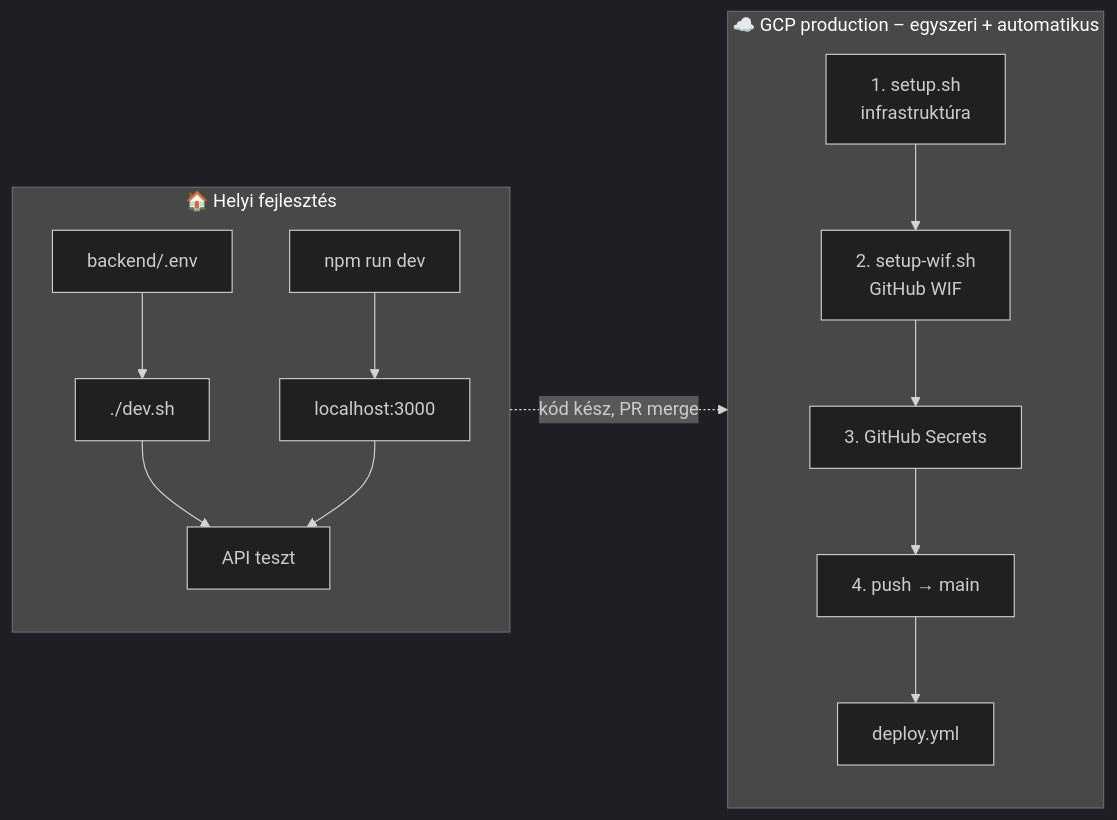
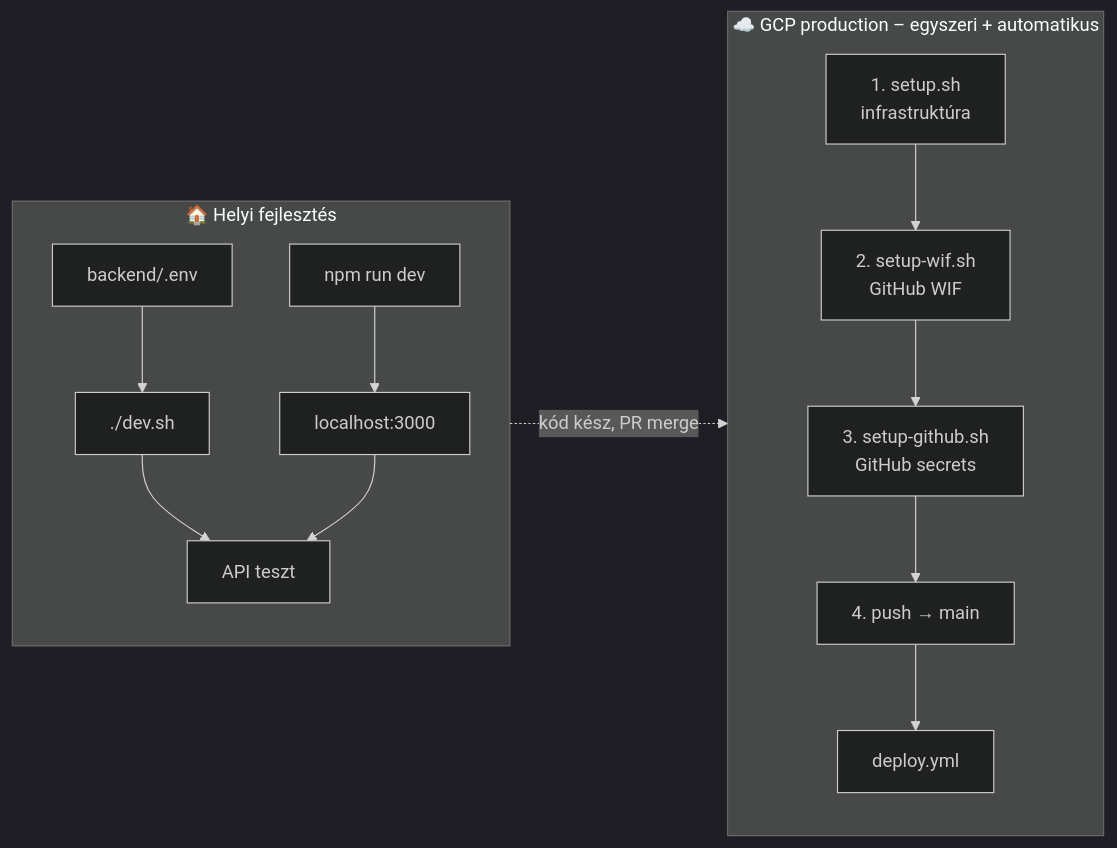
Before and after one commit to cloudsteak/trn-gcp-ai-invoice-management: the second of 3 diagrams in README.md, drawn with Mermaid (dark theme). The commit also changed other lines of this file and 5 other files, not shown here.

````diff
--- a/README.md
+++ b/README.md
@@ -189,18 +189,18 @@
 ```mermaid
 flowchart LR
     subgraph Local["🏠 Helyi fejlesztés"]
         L1["backend/.env"] --> L2["./dev.sh"]
         L3["npm run dev"] --> L4["localhost:3000"]
         L2 --> L5["API teszt"]
         L4 --> L5
     end
 
     subgraph GCP["☁️ GCP production – egyszeri + automatikus"]
         S1["1. setup.sh<br/>infrastruktúra"] --> S2["2. setup-wif.sh<br/>GitHub WIF"]
-        S2 --> S3["3. GitHub Secrets"]
+        S2 --> S3["3. setup-github.sh<br/>GitHub secrets"]
         S3 --> S4["4. push → main"]
         S4 --> S5["deploy.yml"]
     end
 
     Local -.->|"kód kész, PR merge"| GCP
 ```
````
